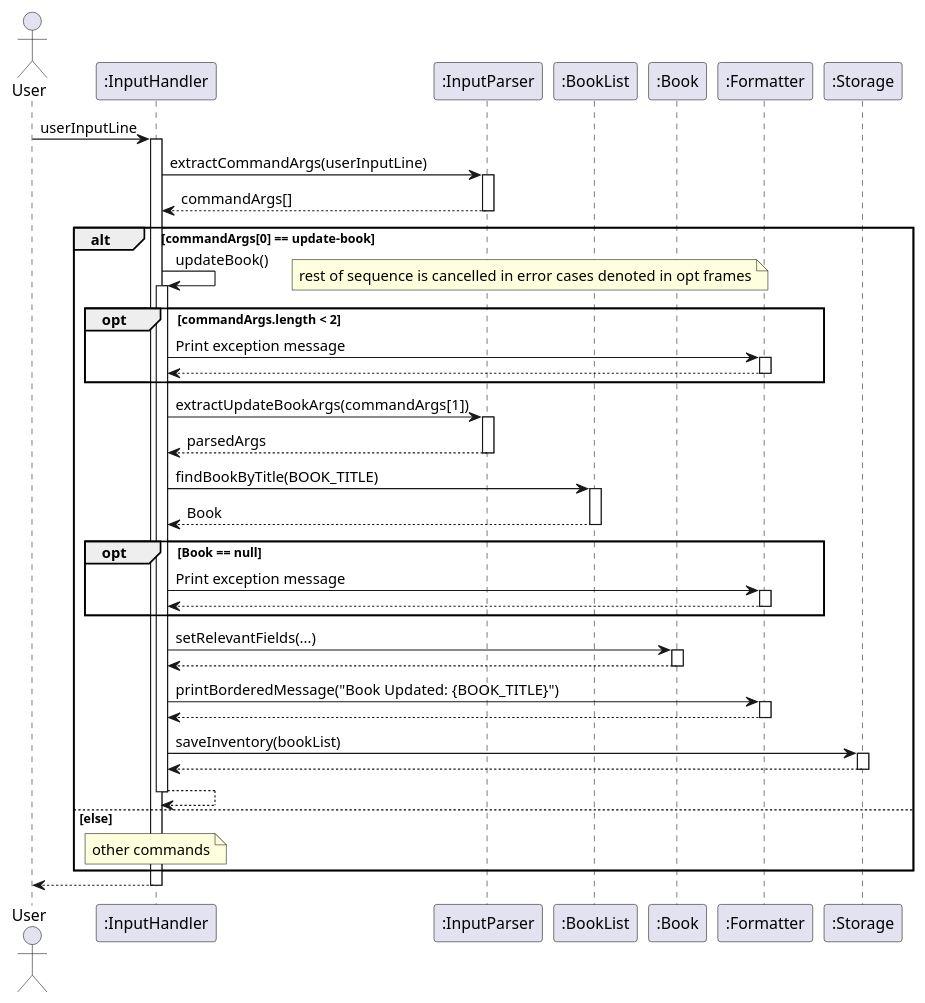
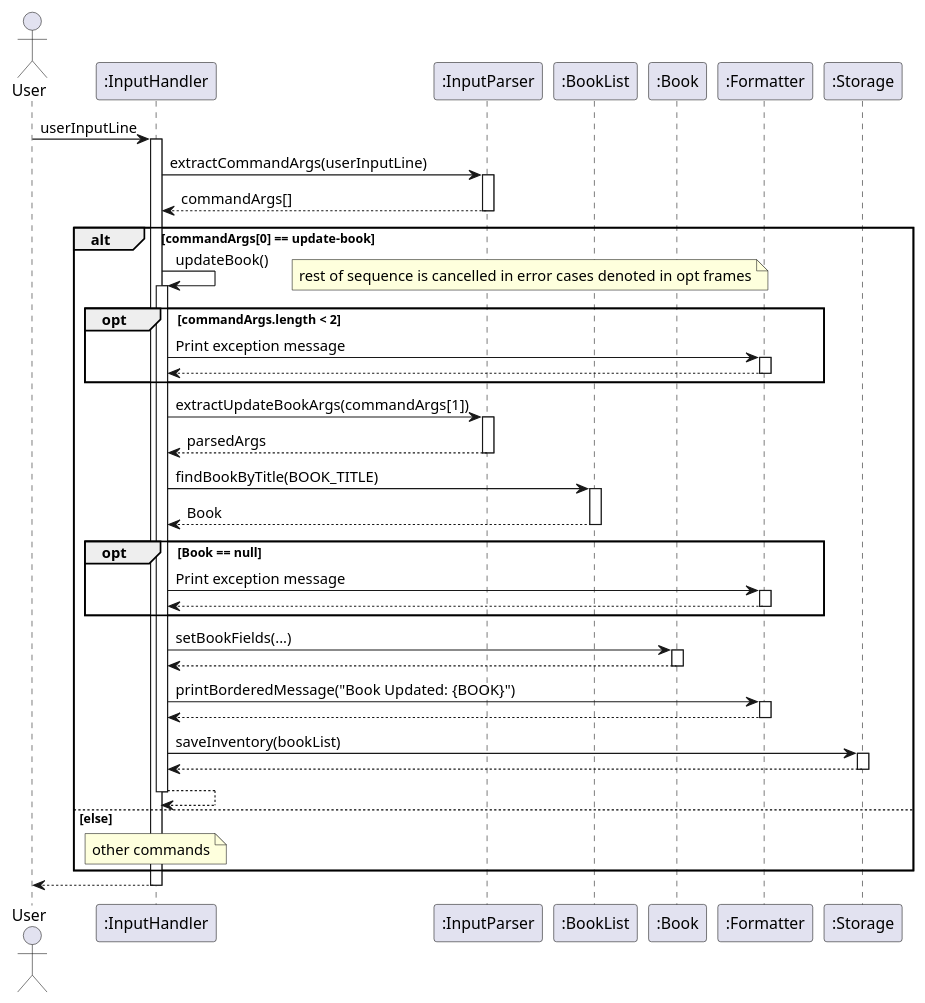
The diagram in docs/diagrams/updateBook.puml (AY2425S2-CS2113-T12-2/tp), drawn with PlantUML before and after one commit. The commit also changed 2 other files, not shown here.

Commit message:
Update sequence diagram for update-book

```diff
--- a/docs/diagrams/updateBook.puml
+++ b/docs/diagrams/updateBook.puml
@@ -1,77 +1,77 @@
 @startuml
 actor User
 participant InputHandler as ":InputHandler"
 participant InputParser as ":InputParser"
 participant BookList as ":BookList"
 participant Book as ":Book"
 participant Formatter as ":Formatter"
 participant Storage as ":Storage"
 
 User -> InputHandler: userInputLine
 activate InputHandler
 
 InputHandler -> InputParser: extractCommandArgs(userInputLine)
 activate InputParser
 
 InputParser --> InputHandler: commandArgs[]
 deactivate InputParser
 
 alt commandArgs[0] == update-book
     InputHandler -> InputHandler : updateBook()
     activate InputHandler
 
     opt commandArgs.length < 2
         note right
         rest of sequence is cancelled in error cases denoted in opt frames
         end note
         InputHandler -> Formatter: Print exception message
         activate Formatter
         Formatter --> InputHandler
         deactivate Formatter
     end
 
     InputHandler -> InputParser: extractUpdateBookArgs(commandArgs[1])
     activate InputParser
 
     InputParser --> InputHandler: parsedArgs
     deactivate InputParser
 
     InputHandler -> BookList: findBookByTitle(BOOK_TITLE)
     activate BookList
 
     BookList --> InputHandler: Book
     deactivate BookList
 
     opt Book == null
         InputHandler -> Formatter: Print exception message
         activate Formatter
         Formatter --> InputHandler
         deactivate Formatter
     end
-    InputHandler -> Book : setRelevantFields(...)
+    InputHandler -> Book : setBookFields(...)
     activate Book
     Book --> InputHandler
     deactivate Book
 
-    InputHandler -> Formatter: printBorderedMessage("Book Updated: {BOOK_TITLE}")
+    InputHandler -> Formatter: printBorderedMessage("Book Updated: {BOOK}")
     activate Formatter
 
     Formatter --> InputHandler
     deactivate Formatter
 
     InputHandler -> Storage: saveInventory(bookList)
     activate Storage
 
     Storage --> InputHandler
     deactivate Storage
 
 InputHandler --> InputHandler
 deactivate InputHandler
 
 else else
     note over InputHandler : other commands
 end
 
 InputHandler --> User
 deactivate InputHandler
 @enduml
```
